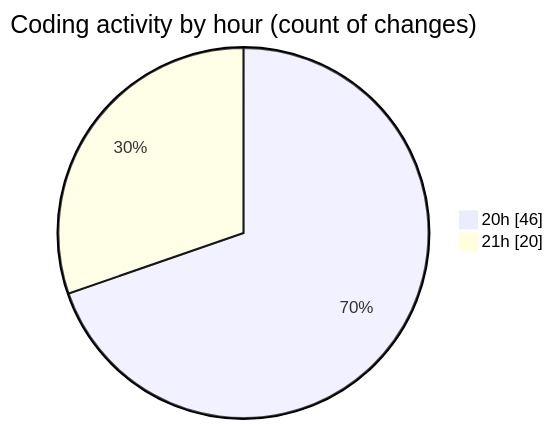
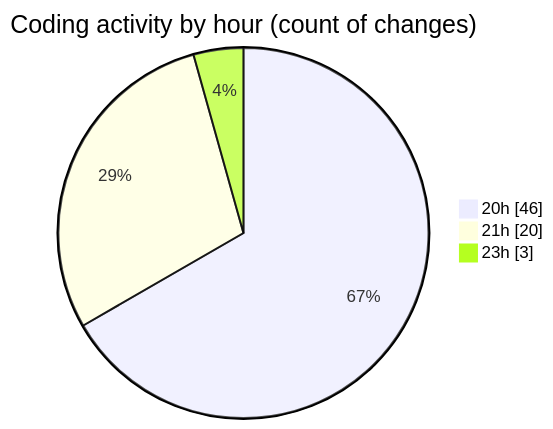
The second of 2 diagrams in 2025-07-19/mern-workoutboard/README.md (Ritupan-Deka/code-tracking), drawn with Mermaid before and after one commit. The commit also changed other lines of this file and 1 other file, not shown here.

````diff
--- a/2025-07-19/mern-workoutboard/README.md
+++ b/2025-07-19/mern-workoutboard/README.md
@@ -29,6 +29,7 @@
 ```mermaid
 pie showData
 title Coding activity by hour (count of changes)
 "20h" : 46
 "21h" : 20
+"23h" : 3
 ```
````
